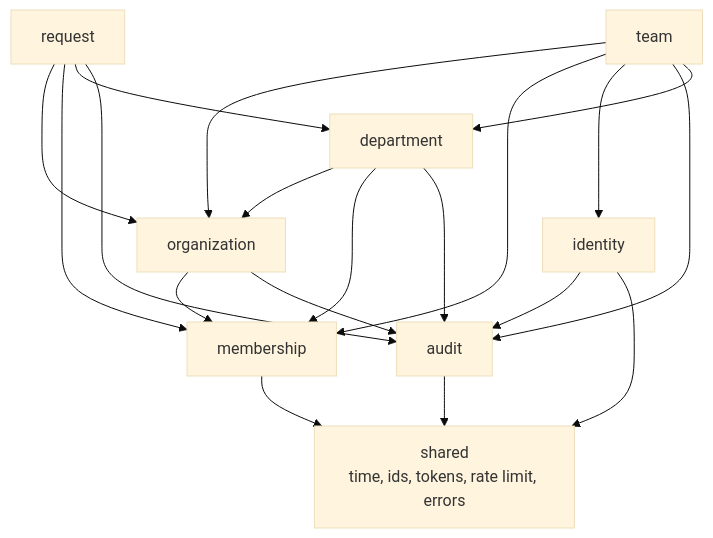
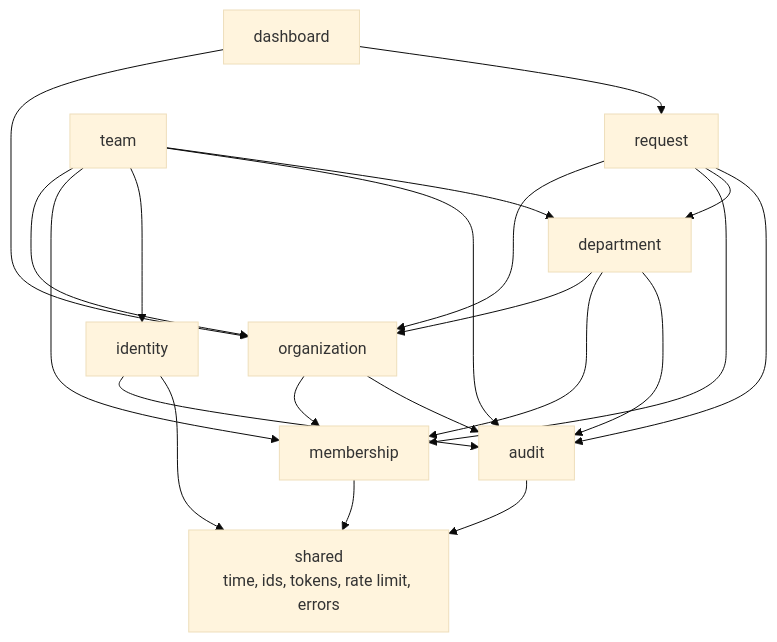
One commit to youssef-naj/nexus changed the second of 2 diagrams in docs/architecture.md. Above: the diagram before and after it, drawn with Mermaid (base theme). The commit also changed other lines of this file and 30 other files, not shown here.

Commit message:
feat: organization dashboard with consistent, visibility-scoped figures

````diff
--- a/docs/architecture.md
+++ b/docs/architecture.md
@@ -44,22 +44,24 @@
 ```mermaid
 flowchart TD
   shared["shared<br/>time, ids, tokens, rate limit, errors"]
   audit --> shared
   identity --> audit
   identity --> shared
   membership --> shared
   organization --> membership
   organization --> audit
   department --> organization
   department --> membership
   department --> audit
   request --> organization
   request --> membership
   request --> department
   request --> audit
+  dashboard --> organization
+  dashboard --> request
   team --> organization
   team --> membership
   team --> identity
   team --> audit
   team --> department
 ```
````
